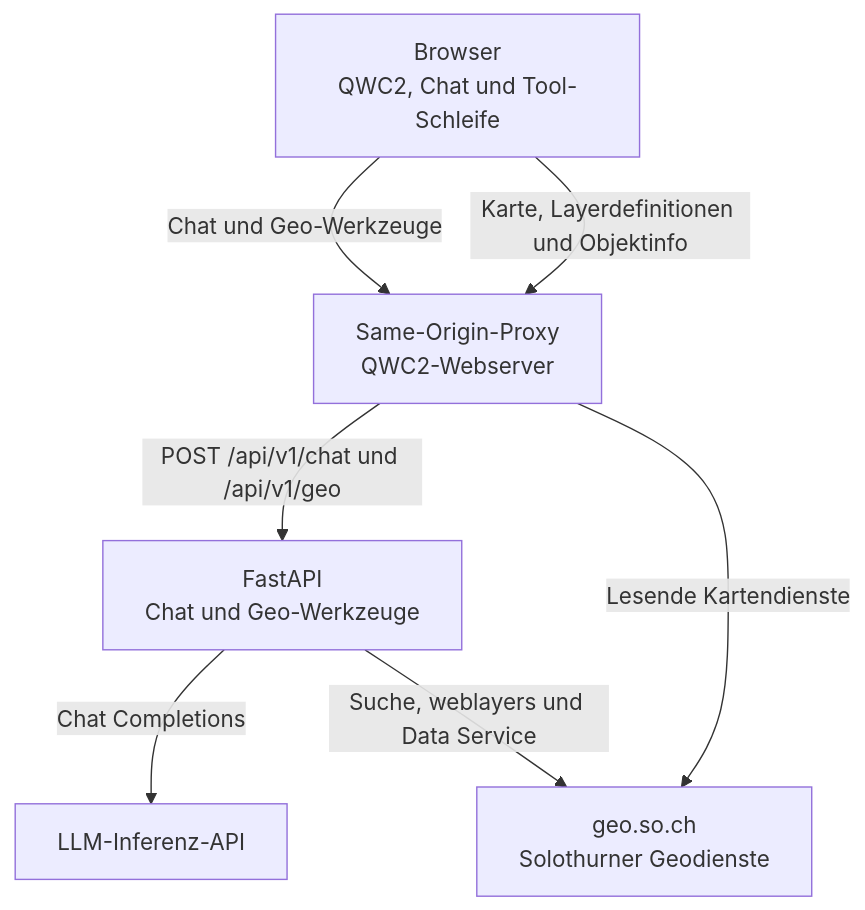
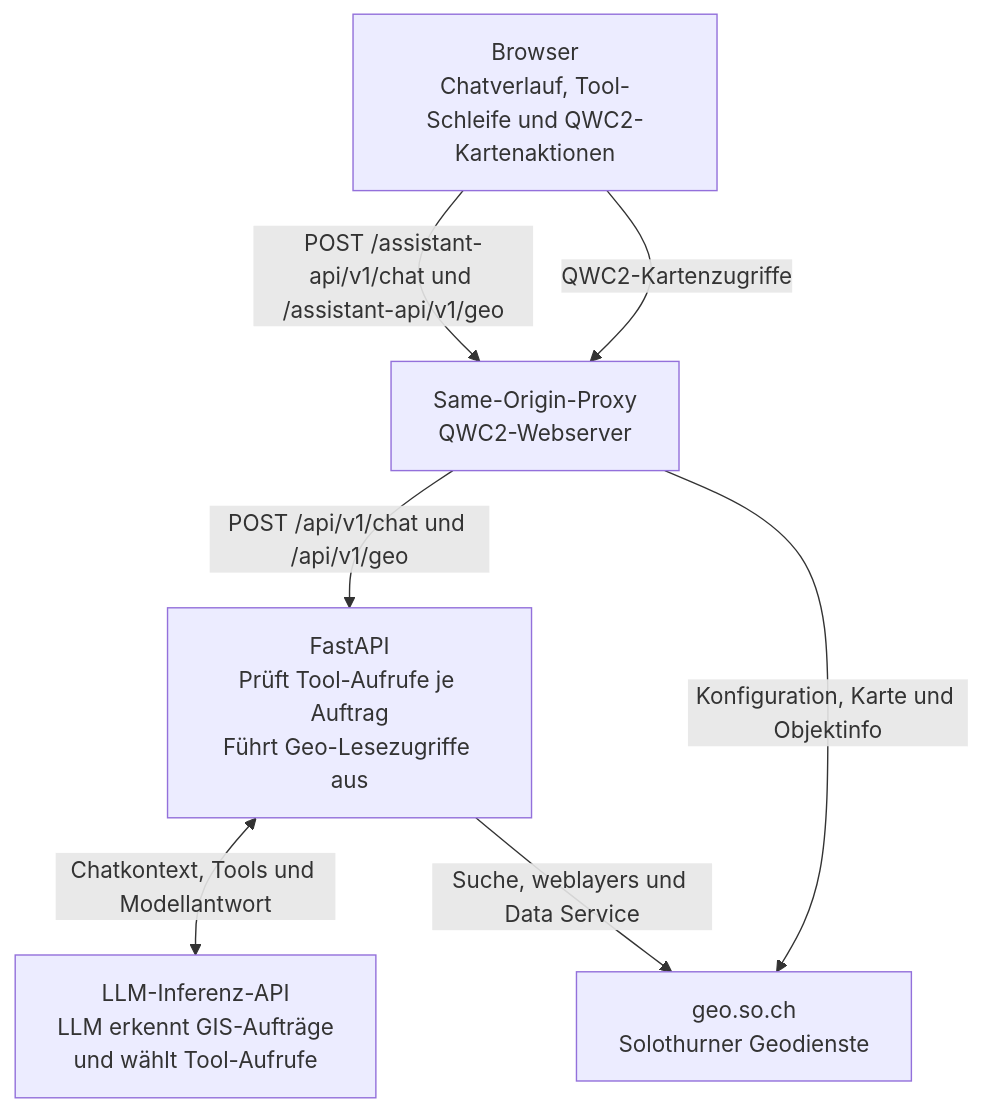
Before and after one commit to edigonzales/qwc2-ai-assistant: the first of 2 diagrams in README.md, drawn with Mermaid. The commit also changed other lines of this file, not shown here.

Commit message:
Update README diagrams for multi-intent GIS chat

````diff
--- a/README.md
+++ b/README.md
@@ -18,15 +18,15 @@
 ```mermaid
 flowchart TB
-    browser["Browser<br/>QWC2, Chat und Tool-Schleife"]
+    browser["Browser<br/>Chatverlauf, Tool-Schleife und QWC2-Kartenaktionen"]
     proxy["Same-Origin-Proxy<br/>QWC2-Webserver"]
-    assistant["FastAPI<br/>Chat und Geo-Werkzeuge"]
-    model["LLM-Inferenz-API"]
+    assistant["FastAPI<br/>Prüft Tool-Aufrufe je Auftrag<br/>Führt Geo-Lesezugriffe aus"]
+    model["LLM-Inferenz-API<br/>LLM erkennt GIS-Aufträge<br/>und wählt Tool-Aufrufe"]
     geo["geo.so.ch<br/>Solothurner Geodienste"]
 
-    browser -->|Chat und Geo-Werkzeuge| proxy
-    browser -->|Karte, Layerdefinitionen und Objektinfo| proxy
+    browser -->|POST /assistant-api/v1/chat und /assistant-api/v1/geo| proxy
+    browser -->|QWC2-Kartenzugriffe| proxy
     proxy -->|POST /api/v1/chat und /api/v1/geo| assistant
-    proxy -->|Lesende Kartendienste| geo
-    assistant -->|Chat Completions| model
+    proxy -->|Konfiguration, Karte und Objektinfo| geo
+    assistant <-->|Chatkontext, Tools und Modellantwort| model
     assistant -->|Suche, weblayers und Data Service| geo
 ```
````
